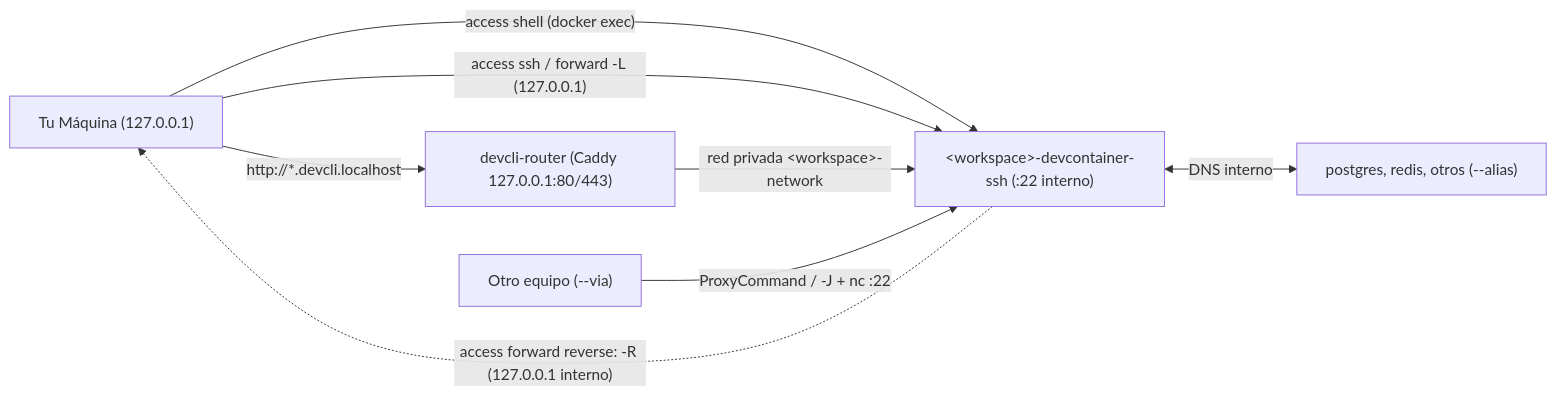
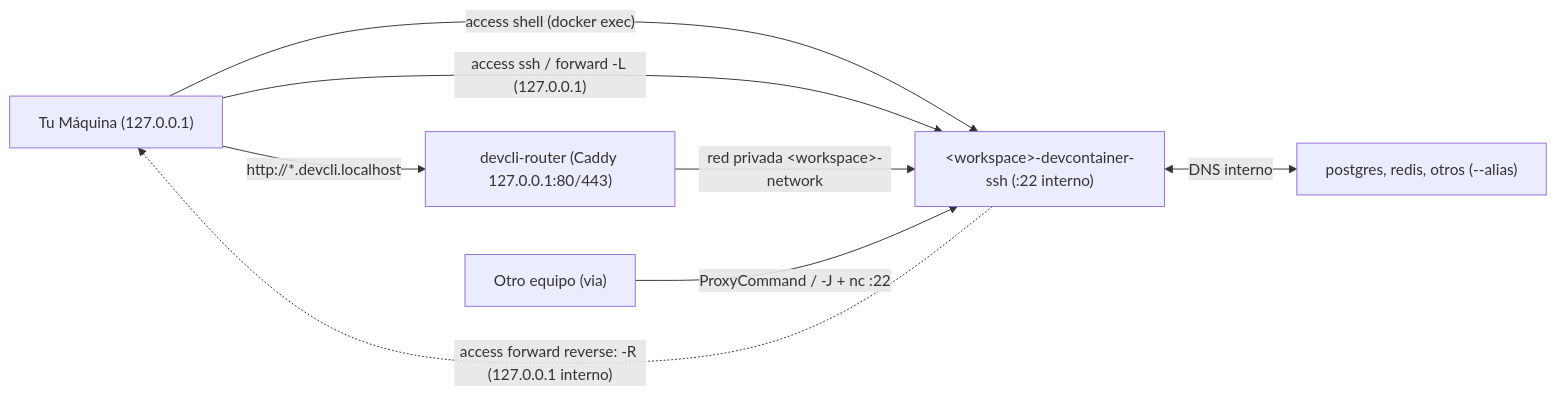
The diagram in NETWORKING.md (Joacohbc/my-devcontainer-installer), drawn with Mermaid before and after one commit. The commit also changed other lines of this file and 8 other files, not shown here.

````diff
--- a/NETWORKING.md
+++ b/NETWORKING.md
@@ -19,10 +19,10 @@
 ```mermaid
 flowchart LR
     Host["Tu Máquina (127.0.0.1)"] -->|"access shell (docker exec)"| Dev["&lt;workspace&gt;-devcontainer-ssh (:22 interno)"]
     Host -->|"access ssh / forward -L (127.0.0.1)"| Dev
     Dev -.->|"access forward reverse: -R (127.0.0.1 interno)"| Host
     Host -->|"http://*.devcli.localhost"| Caddy["devcli-router (Caddy 127.0.0.1:80/443)"]
     Caddy -->|"red privada &lt;workspace&gt;-network"| Dev
     Dev <-->|"DNS interno"| Svc["postgres, redis, otros (--alias)"]
-    LAN["Otro equipo (--via)"] -->|"ProxyCommand / -J + nc :22"| Dev
+    LAN["Otro equipo (via)"] -->|"ProxyCommand / -J + nc :22"| Dev
 ```
````
